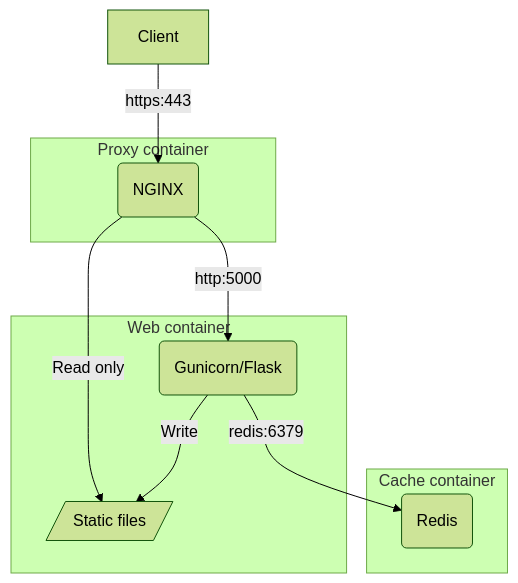
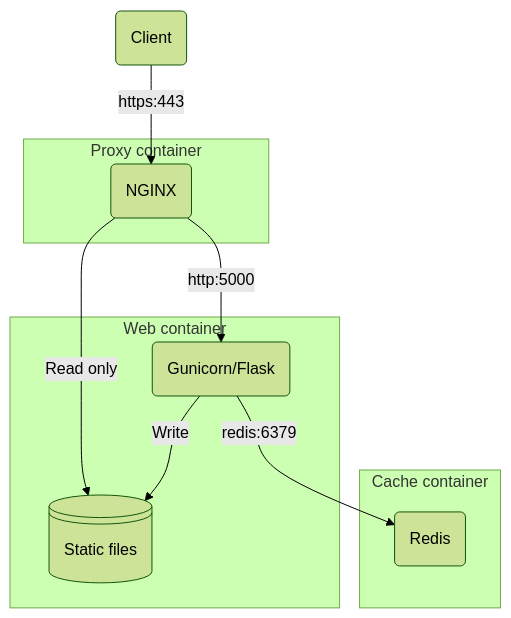
One commit to matthew-shaw/matthew-shaw.github.io changed the diagram in docs/blog/posts/govuk-service-python.md. Above: the diagram before and after it, drawn with Mermaid (forest theme). The commit also changed other lines of this file and 2 other files, not shown here.

````diff
--- a/docs/blog/posts/govuk-service-python.md
+++ b/docs/blog/posts/govuk-service-python.md
@@ -159,26 +195,26 @@
 ```mermaid
 flowchart TB
     cache1(Redis)
-    Client
+    client(Client)
     prox1(NGINX)
     web1(Gunicorn/Flask)
-    web2[/Static files/]
+    web2@{ shape: lin-cyl, label: "Static files" }
 
-    Client -- https:443 --> prox1 -- http:5000 --> web1
+    client -- https:443 --> prox1 -- http:5000 --> web1
     prox1 -- Read only --> web2
     web1 -- Write --> web2
     web1 -- redis:6379 --> cache1
 
     subgraph Proxy container
         prox1
     end
 
     subgraph Web container
         web1
         web2
     end
 
     subgraph Cache container
         cache1
     end
 ```
````
